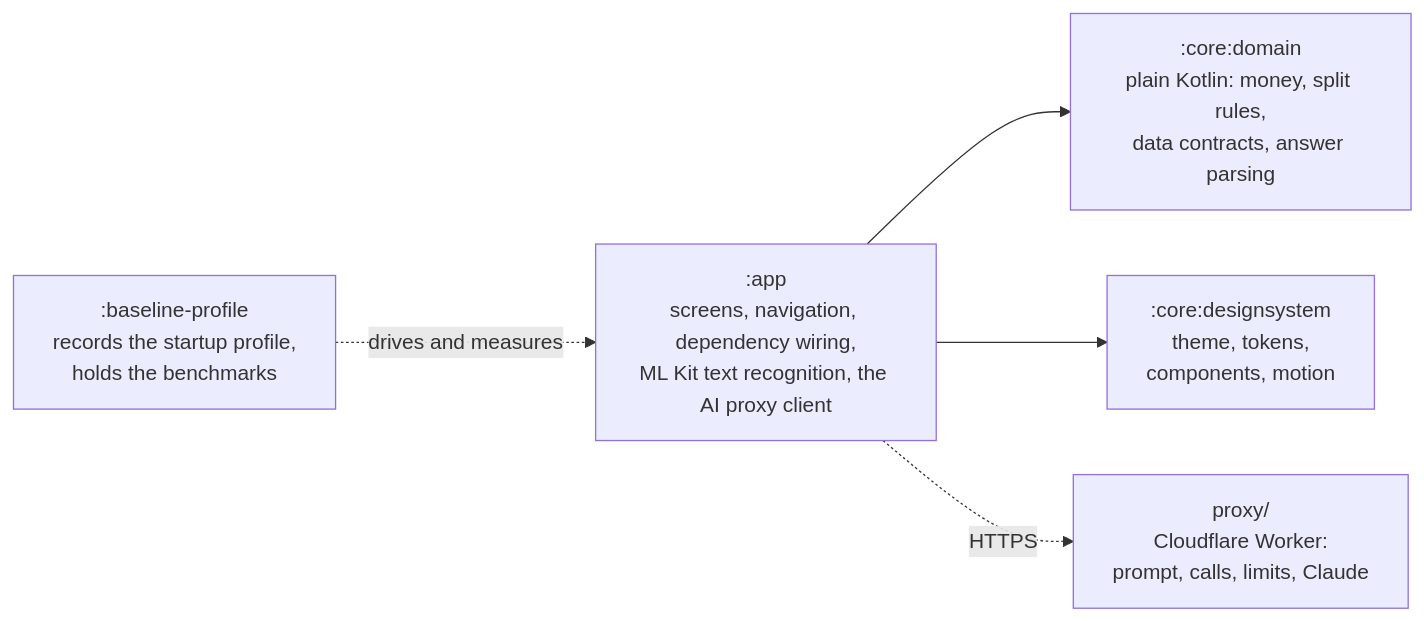
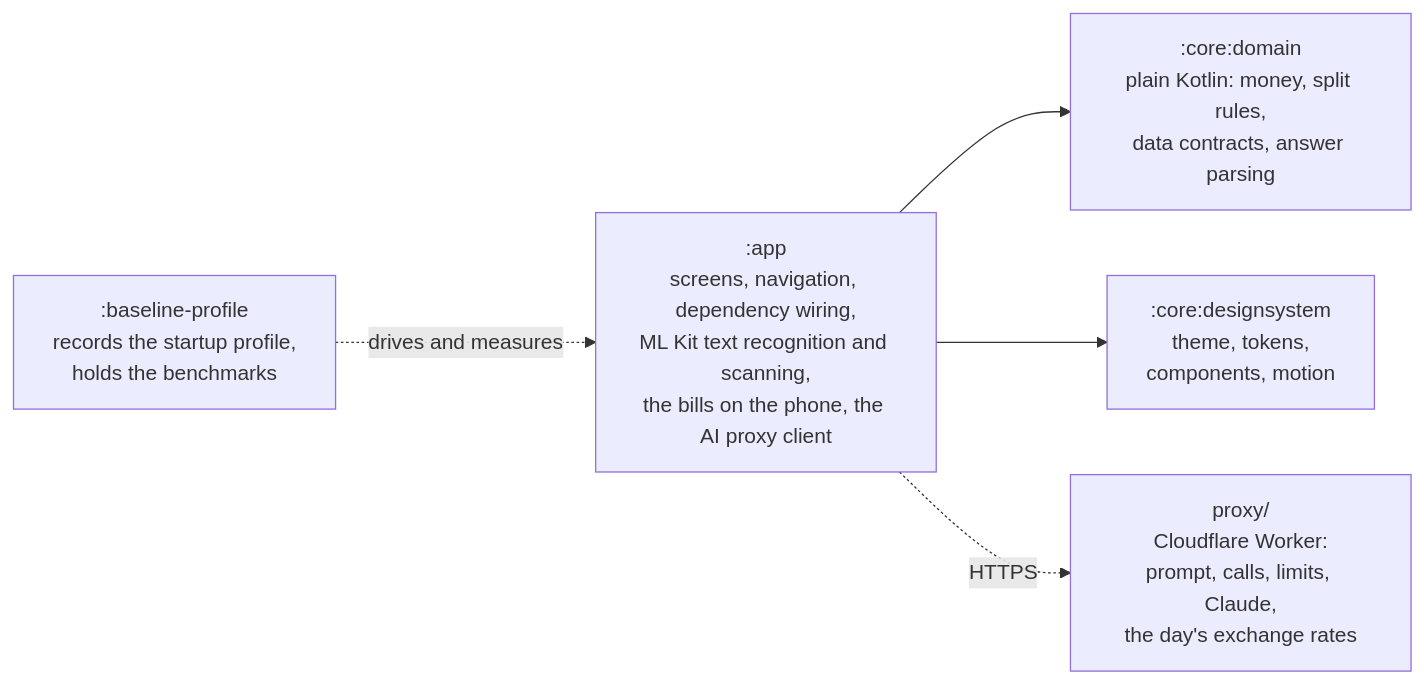
Before and after one commit to dantech0xff/split-bill-poc: the first of 2 diagrams in docs/architecture.md, drawn with Mermaid. The commit also changed other lines of this file and 2 other files, not shown here.

Commit message:
docs: describe the bills kept on the phone, the editor, scanning and split modes

````diff
--- a/docs/architecture.md
+++ b/docs/architecture.md
@@ -9,12 +9,12 @@
 ```mermaid
 flowchart LR
-    app[":app<br/>screens, navigation, dependency wiring,<br/>ML Kit text recognition, the AI proxy client"]
+    app[":app<br/>screens, navigation, dependency wiring,<br/>ML Kit text recognition and scanning,<br/>the bills on the phone, the AI proxy client"]
     domain[":core:domain<br/>plain Kotlin: money, split rules,<br/>data contracts, answer parsing"]
     design[":core:designsystem<br/>theme, tokens,<br/>components, motion"]
     profile[":baseline-profile<br/>records the startup profile,<br/>holds the benchmarks"]
     app --> domain
     app --> design
     profile -. drives and measures .-> app
-    proxy["proxy/<br/>Cloudflare Worker:<br/>prompt, calls, limits, Claude"]
+    proxy["proxy/<br/>Cloudflare Worker:<br/>prompt, calls, limits, Claude,<br/>the day's exchange rates"]
     app -. HTTPS .-> proxy
 ```
````
